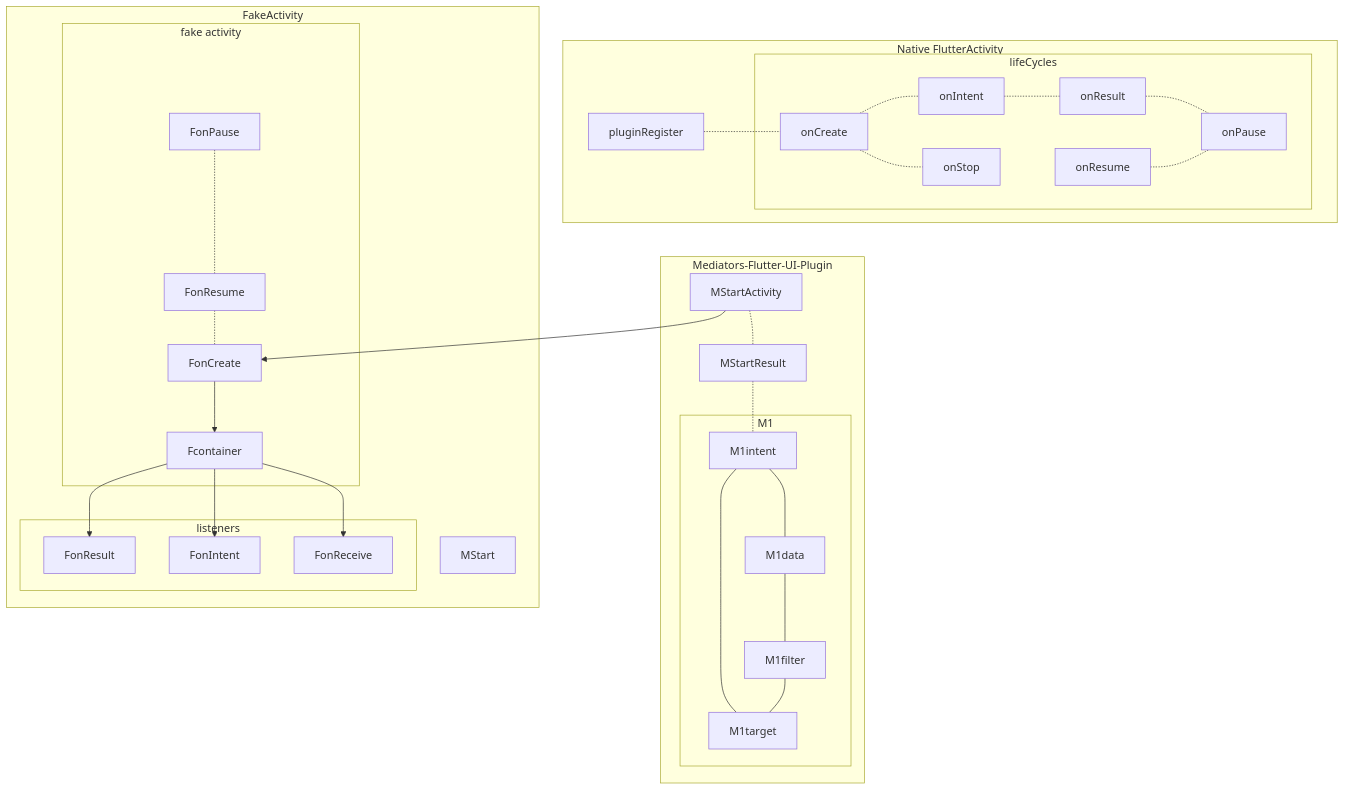
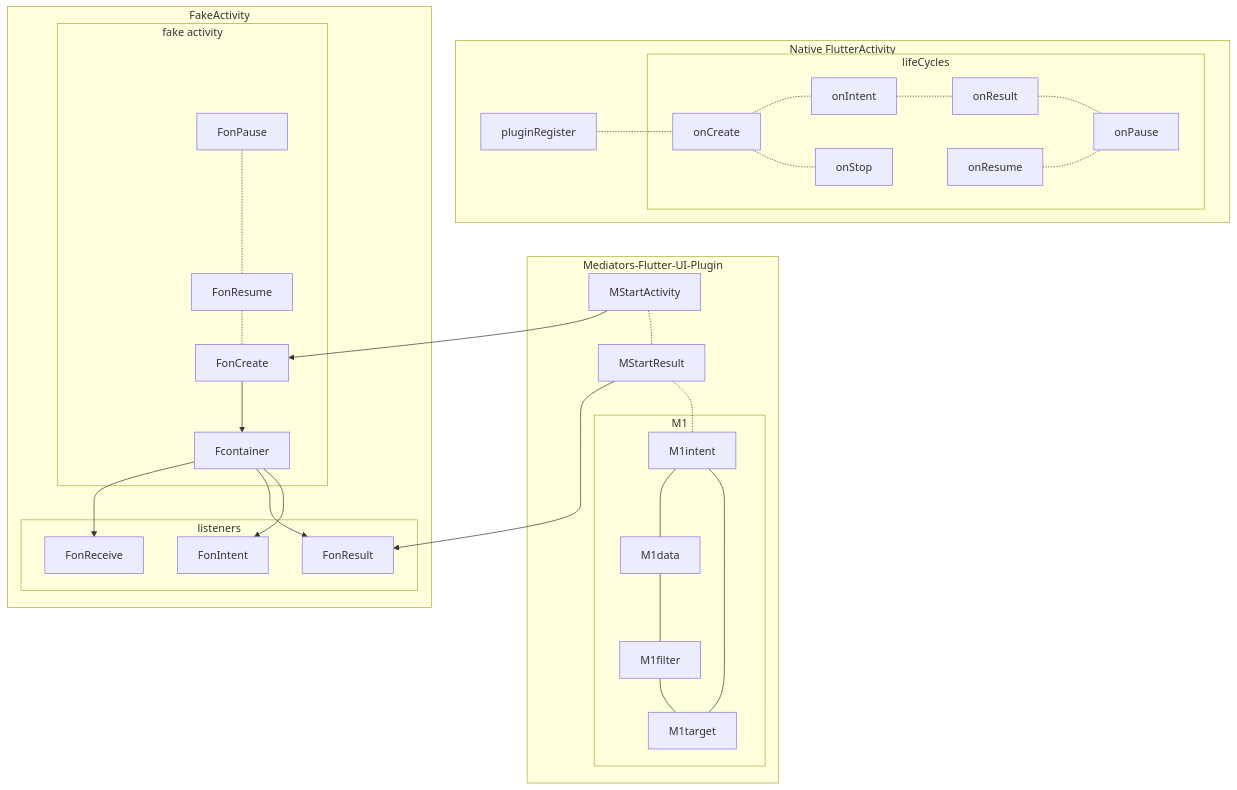
One commit to gordianknotC/nxp_note changed the diagram in flutter/addActivityResultListener.md. Above: the diagram before and after it, drawn with Mermaid. The commit also changed other lines of this file, not shown here.

Commit message:
flutter/addActivityResultListener.md updated from https://stackedit.io/

````diff
--- a/flutter/addActivityResultListener.md
+++ b/flutter/addActivityResultListener.md
@@ -11,53 +3,53 @@
 ```mermaid
 graph TB
 	subgraph Native FlutterActivity
 		pluginRegister
 		pluginRegister -.- onCreate
 		subgraph lifeCycles
 			onCreate -.- onIntent
 			onIntent -.- onResult
 			onResult -.- onPause
 			onResume -.- onPause
 			onCreate -.- onStop
 		end
 	end
 	subgraph Mediators-Flutter-UI-Plugin
 		subgraph M1
 			M1intent --- M1target
 			M1intent --- M1data
 			M1data --- M1filter
 			M1filter --- M1target
 		end
 		MStartActivity
 		MStartResult
 		MStartActivity -.- MStartResult
 		MStartResult -.- M1intent
 	end
 	
 	subgraph FakeActivity
 		FonCreate
 		FonPause 
 		FonResume 
 		FonResult 
 		FonIntent 
 		FonReceive 
 		
 		subgraph fake activity
 			FonPause -.- FonResume
 			FonResume -.- FonCreate
 			FonCreate --> Fcontainer
 		end
 		
 		subgraph listeners
 			Fcontainer --> FonIntent
 			Fcontainer --> FonResult
 			Fcontainer --> FonReceive
 		end
 		
 		
 		MStartActivity --> FonCreate
-		MStart
+		MStartResult --> FonResult
 	end
 
 
 ```
````
